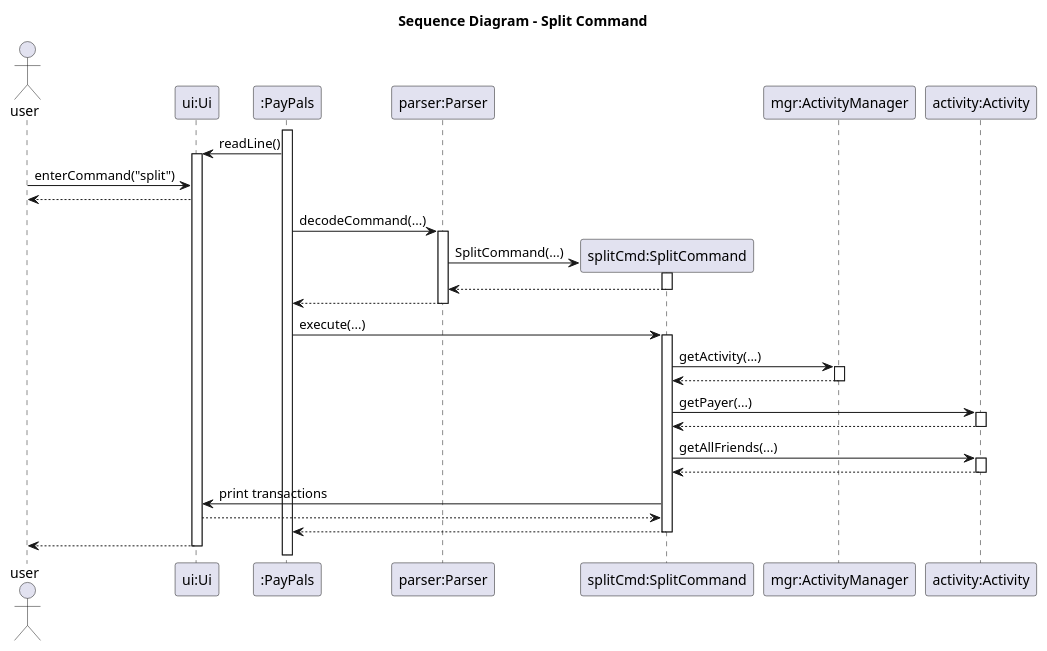
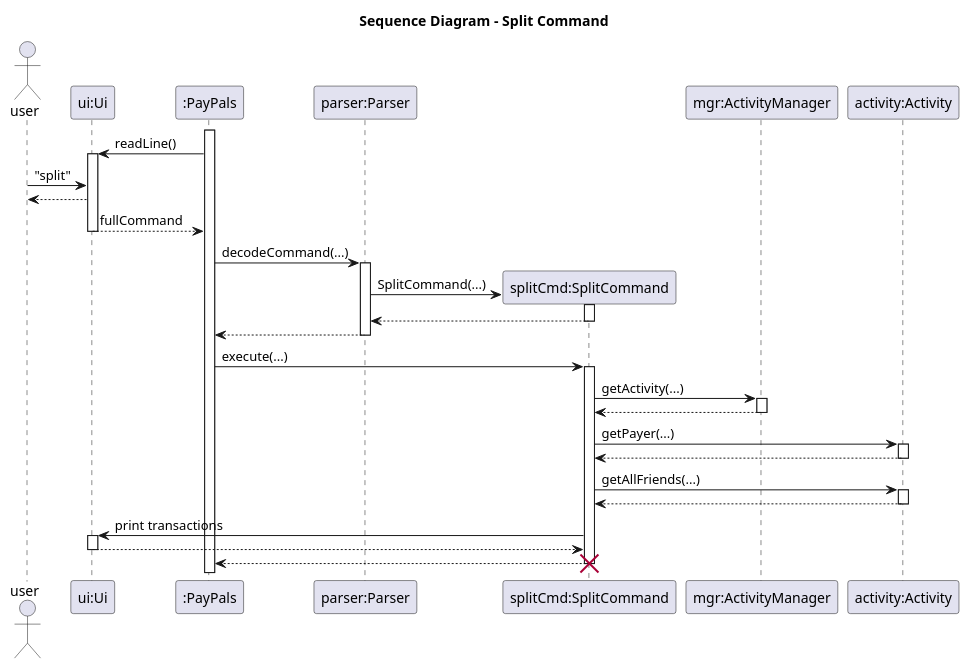
Before and after one commit to jing-yen/tp: the diagram in docs/diagrams/SplitCmdSeq.puml, drawn with PlantUML. The commit also changed 6 other files, not shown here.

```diff
--- a/docs/diagrams/SplitCmdSeq.puml
+++ b/docs/diagrams/SplitCmdSeq.puml
@@ -1,49 +1,54 @@
 @startuml
 title Sequence Diagram - Split Command
 actor user
 
 participant "ui:Ui" as ui
 participant ":PayPals" as pp
 participant "parser:Parser" as parser
 participant "splitCmd:SplitCommand" as splitCmd
 participant "mgr:ActivityManager" as mgr
 participant "activity:Activity" as activity
 
 activate pp
 pp -> ui : readLine()
 activate ui
-user -> ui : enterCommand("split")
+user -> ui : "split"
 ui --> user
+ui --> pp : fullCommand
+deactivate ui
 pp -> parser : decodeCommand(...)
 activate parser
 parser -> splitCmd **: SplitCommand(...)
 activate splitCmd
 splitCmd --> parser :
 deactivate splitCmd
 parser --> pp
 deactivate parser
 
 pp -> splitCmd : execute(...)
 activate splitCmd
 splitCmd -> mgr : getActivity(...)
 activate mgr
 mgr --> splitCmd :
 deactivate mgr
 
 splitCmd -> activity : getPayer(...)
 activate activity
 activity --> splitCmd :
 deactivate activity
 
 splitCmd -> activity : getAllFriends(...)
 activate activity
 activity --> splitCmd :
 deactivate activity
 
 splitCmd -> ui : print transactions
+activate ui
 ui --> splitCmd :
+deactivate ui
 splitCmd --> pp
 deactivate splitCmd
-ui --> user :
-deactivate ui
+
+destroy splitCmd
+
 @enduml
```
